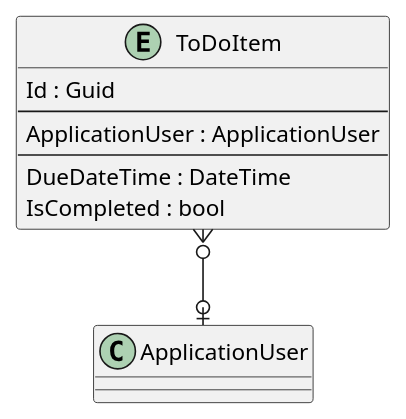
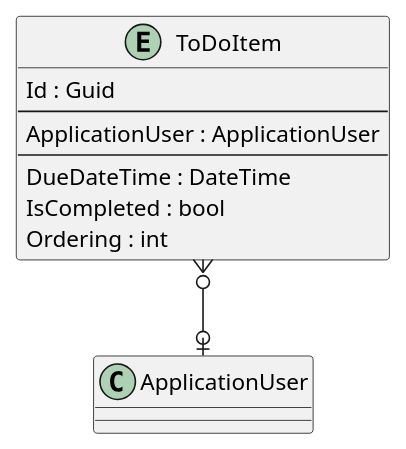
The diagram in .docs/Intrepion.ToDo.pu (intrepion/intrepion_to-do_web_blazor), drawn with PlantUML before and after one commit.

```diff
--- a/.docs/Intrepion.ToDo.pu
+++ b/.docs/Intrepion.ToDo.pu
@@ -1,19 +1,20 @@
 @startuml
 
 entity ToDoItem {
     Id : Guid
     --
     ApplicationUser : ApplicationUser
     ' ToDoItemKeyCodePlaceholder
     --
     DueDateTime : DateTime
     IsCompleted : bool
+    Ordering : int
     ' ToDoItemPropertyCodePlaceholder
 }
 
 ' EntityCodePlaceholder
 
 ToDoItem }o--o| ApplicationUser
 ' RelationshipCodePlaceholder
 
 @enduml
```
